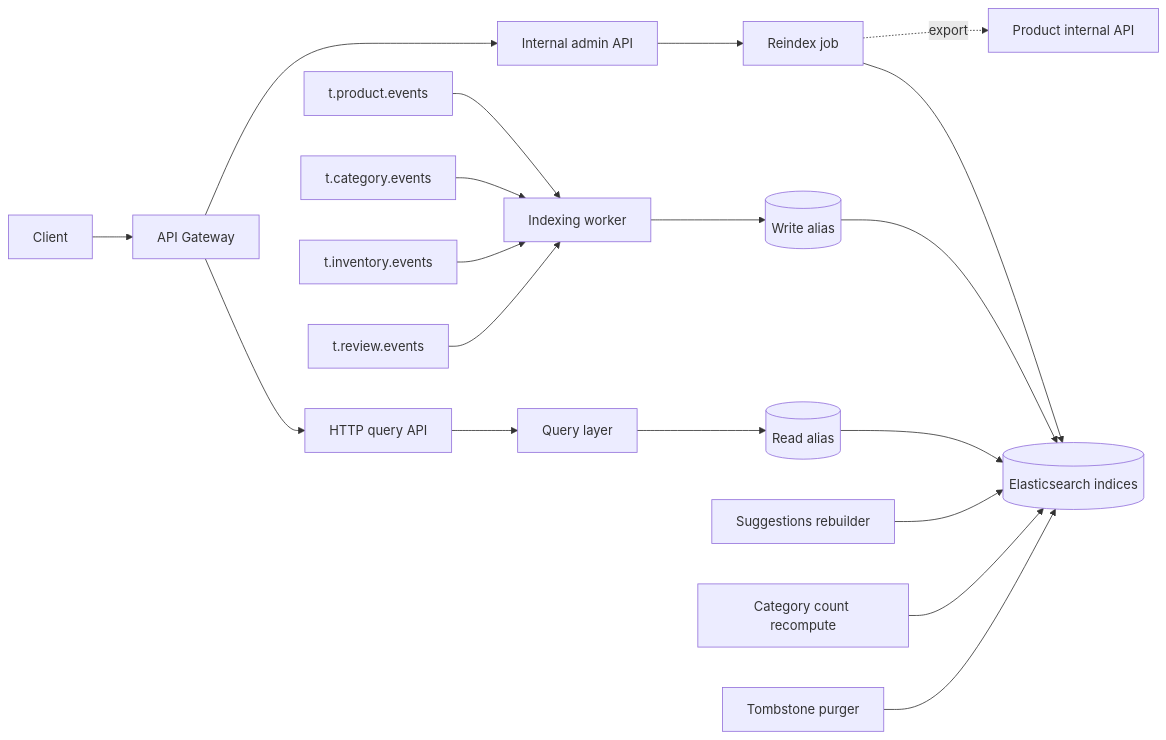
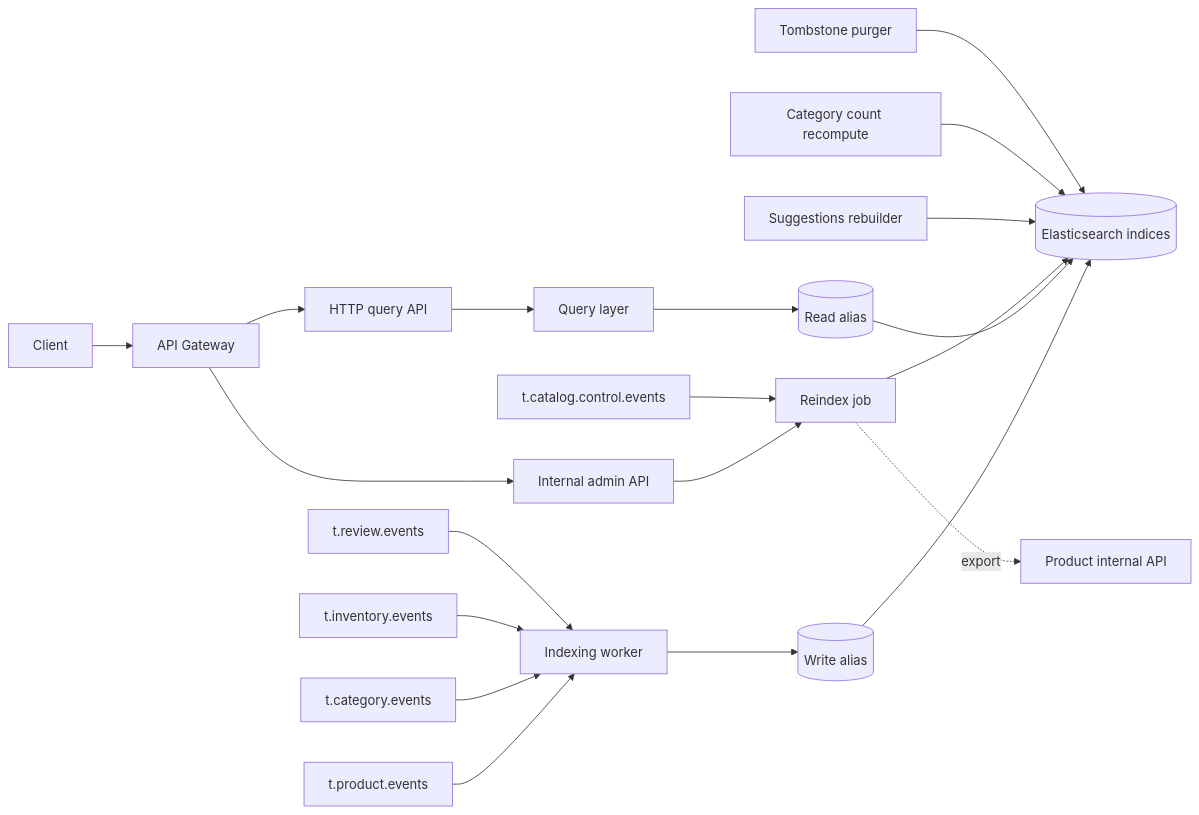
Before and after one commit to quangdung2110/e-commerce-microservices: the diagram in docs/search/architecture.md, drawn with Mermaid. The commit also changed other lines of this file and 17 other files, not shown here.

Commit message:
docs(search): define vnext projection schema

````diff
--- a/docs/search/architecture.md
+++ b/docs/search/architecture.md
@@ -27,21 +27,22 @@
 ```mermaid
 flowchart LR
   C[Client] --> G[API Gateway]
   G --> API[HTTP query API]
   G --> IAPI[Internal admin API]
   API --> Q[Query layer]
   IAPI --> RJ[Reindex job]
   PE[t.product.events] --> W[Indexing worker]
   CE[t.category.events] --> W
+  CCE[t.catalog.control.events] --> RJ
   IE[t.inventory.events] --> W
   RE[t.review.events] --> W
   W --> WA[(Write alias)]
   Q --> RA[(Read alias)]
   WA --> ES[(Elasticsearch indices)]
   RA --> ES
   RJ --> ES
   SR[Suggestions rebuilder] --> ES
   CC[Category count recompute] --> ES
   TP[Tombstone purger] --> ES
   RJ -.export.-> P[Product internal API]
 ```
````
